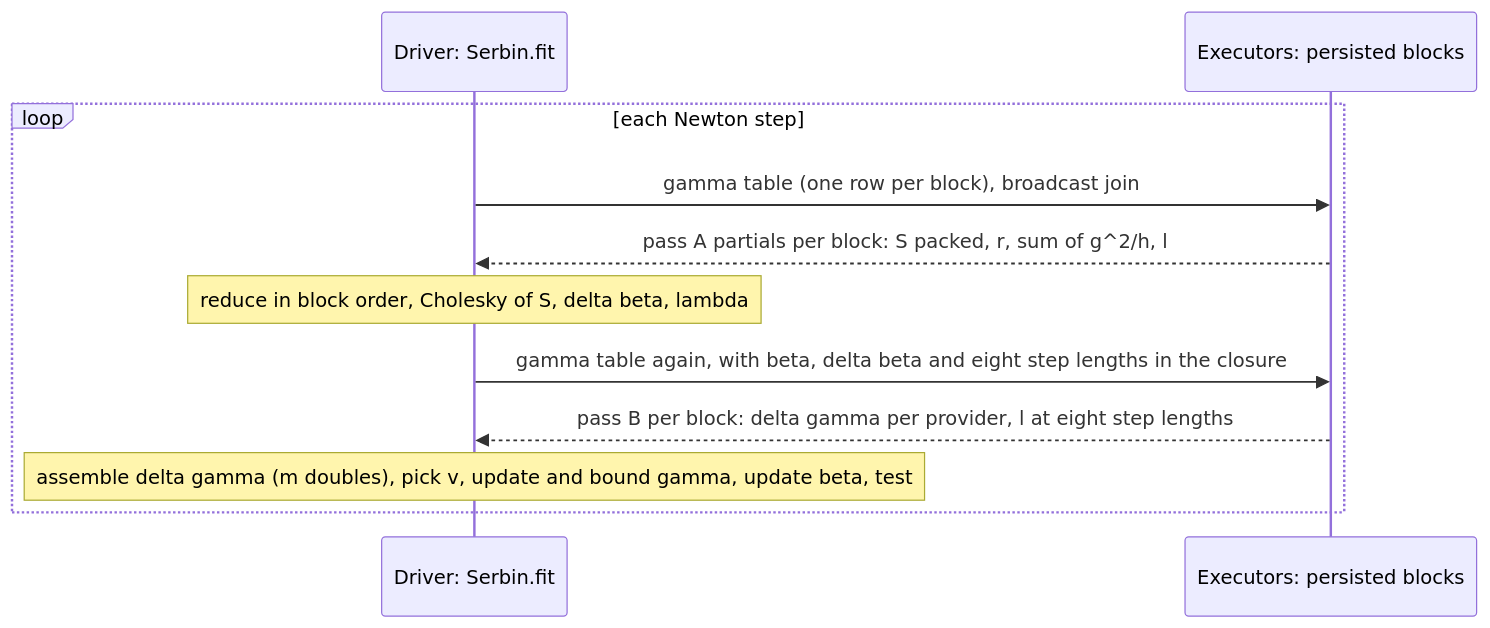
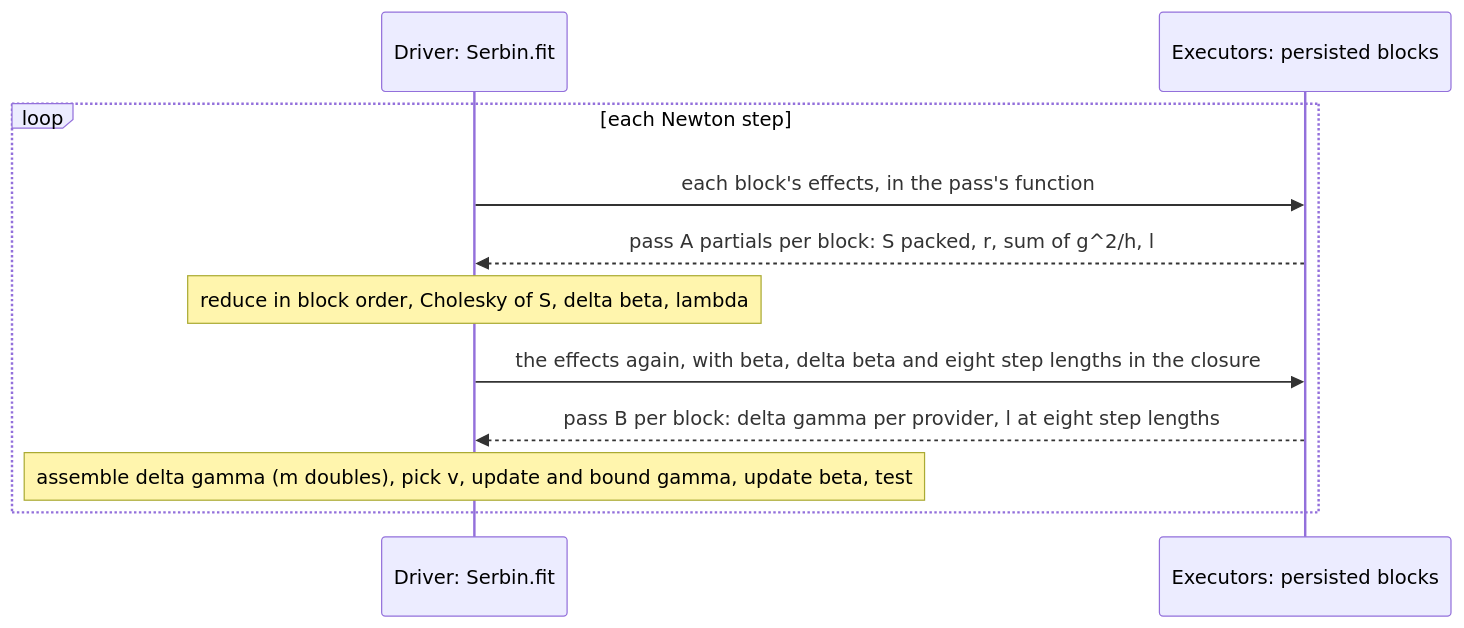
The diagram in docs/tutorials/logistic/06-distributed-execution.md (UM-KevinHe/pprof_spark), drawn with Mermaid before and after one commit. The commit also changed other lines of this file and 21 other files, not shown here.

````diff
--- a/docs/tutorials/logistic/06-distributed-execution.md
+++ b/docs/tutorials/logistic/06-distributed-execution.md
@@ -51,13 +55,13 @@
 ```mermaid
 sequenceDiagram
   participant D as Driver: Serbin.fit
   participant E as Executors: persisted blocks
   loop each Newton step
-    D->>E: gamma table (one row per block), broadcast join
+    D->>E: each block's effects, in the pass's function
     E-->>D: pass A partials per block: S packed, r, sum of g^2/h, l
     Note over D: reduce in block order, Cholesky of S, delta beta, lambda
-    D->>E: gamma table again, with beta, delta beta and eight step lengths in the closure
+    D->>E: the effects again, with beta, delta beta and eight step lengths in the closure
     E-->>D: pass B per block: delta gamma per provider, l at eight step lengths
     Note over D: assemble delta gamma (m doubles), pick v, update and bound gamma, update beta, test
   end
 ```
````
